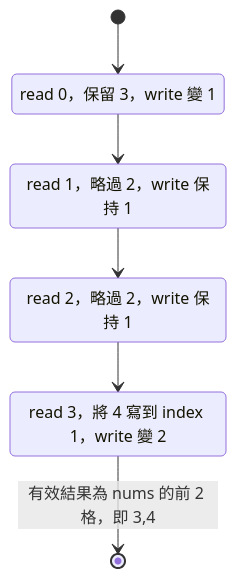
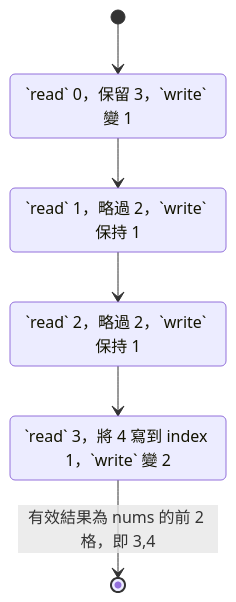
One commit to davidchen0970/algorithm_note changed the tenth of 15 diagrams in 03_core_patterns/12_two_pointers.md. Above: the diagram before and after it, drawn with Mermaid. The commit also changed other lines of this file, not shown here.

````diff
--- a/03_core_patterns/12_two_pointers.md
+++ b/03_core_patterns/12_two_pointers.md
@@ -443,12 +446,12 @@
 ```mermaid
 stateDiagram-v2
     [*] --> S0
-    S0: read 0，保留 3，write 變 1
+    S0: `read` 0，保留 3，`write` 變 1
     S0 --> S1
-    S1: read 1，略過 2，write 保持 1
+    S1: `read` 1，略過 2，`write` 保持 1
     S1 --> S2
-    S2: read 2，略過 2，write 保持 1
+    S2: `read` 2，略過 2，`write` 保持 1
     S2 --> S3
-    S3: read 3，將 4 寫到 index 1，write 變 2
+    S3: `read` 3，將 4 寫到 index 1，`write` 變 2
     S3 --> [*]: 有效結果為 nums 的前 2 格，即 3,4
 ```
````
